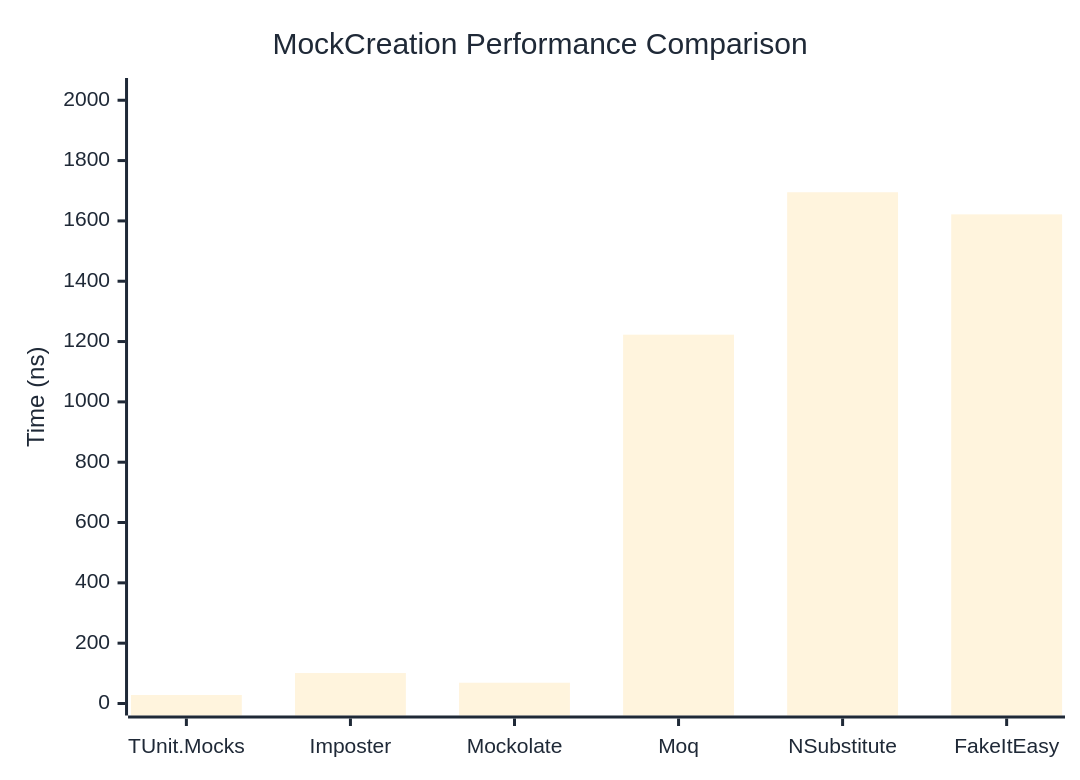
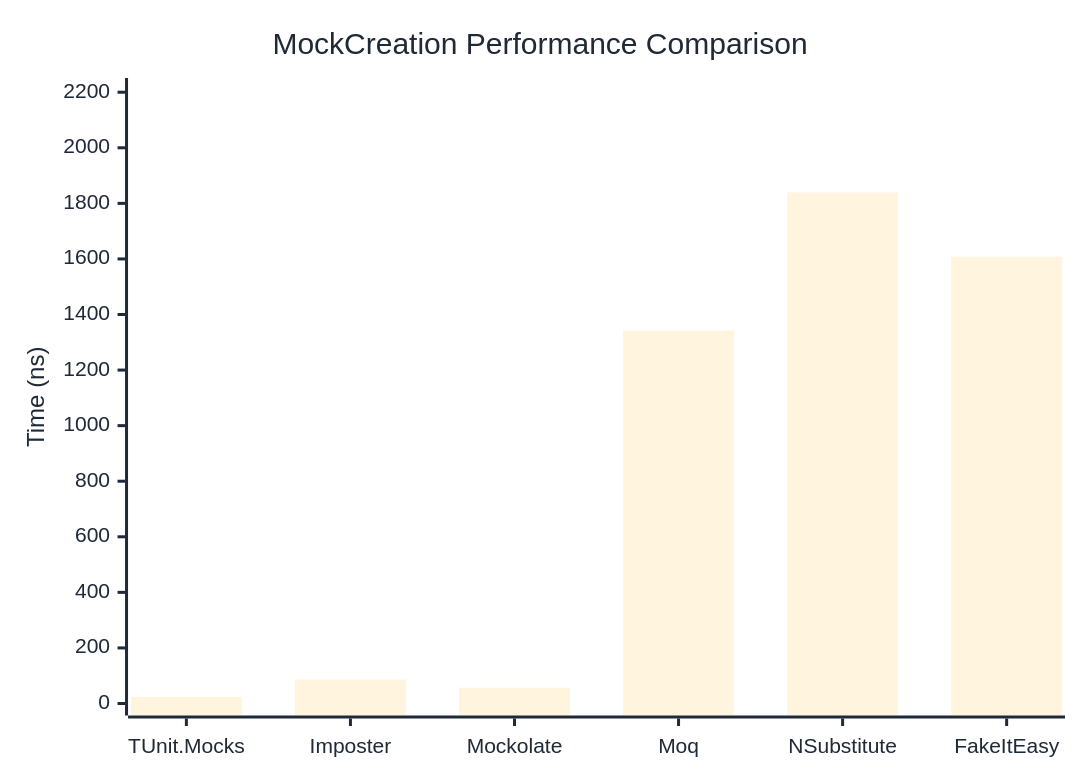
The first of 2 diagrams in docs/docs/benchmarks/mocks/MockCreation.md (thomhurst/TUnit), drawn with Mermaid before and after one commit. The commit also changed other lines of this file and 14 other files, not shown here.

````diff
--- a/docs/docs/benchmarks/mocks/MockCreation.md
+++ b/docs/docs/benchmarks/mocks/MockCreation.md
@@ -30,27 +30,27 @@
 ```mermaid
 %%{init: {
   'theme':'base',
   'themeVariables': {
     'primaryColor': '#2563eb',
     'primaryTextColor': '#1f2937',
     'primaryBorderColor': '#1e40af',
     'lineColor': '#6b7280',
     'secondaryColor': '#7c3aed',
     'tertiaryColor': '#dc2626',
     'background': '#ffffff',
     'pie1': '#2563eb',
     'pie2': '#7c3aed',
     'pie3': '#dc2626',
     'pie4': '#f59e0b',
     'pie5': '#10b981',
     'pie6': '#06b6d4',
     'pie7': '#ec4899',
     'pie8': '#6366f1'
   }
 }}%%
 xychart-beta
   title "MockCreation Performance Comparison"
   x-axis ["TUnit.Mocks", "Imposter", "Mockolate", "Moq", "NSubstitute", "FakeItEasy"]
-  y-axis "Time (ns)" 0 --> 2034
-  bar [28.13, 100.99, 68.89, 1222.79, 1695, 1621.73]
+  y-axis "Time (ns)" 0 --> 2208
+  bar [23.81, 86.55, 57.2, 1342.12, 1839.31, 1608.07]
 ```
````
